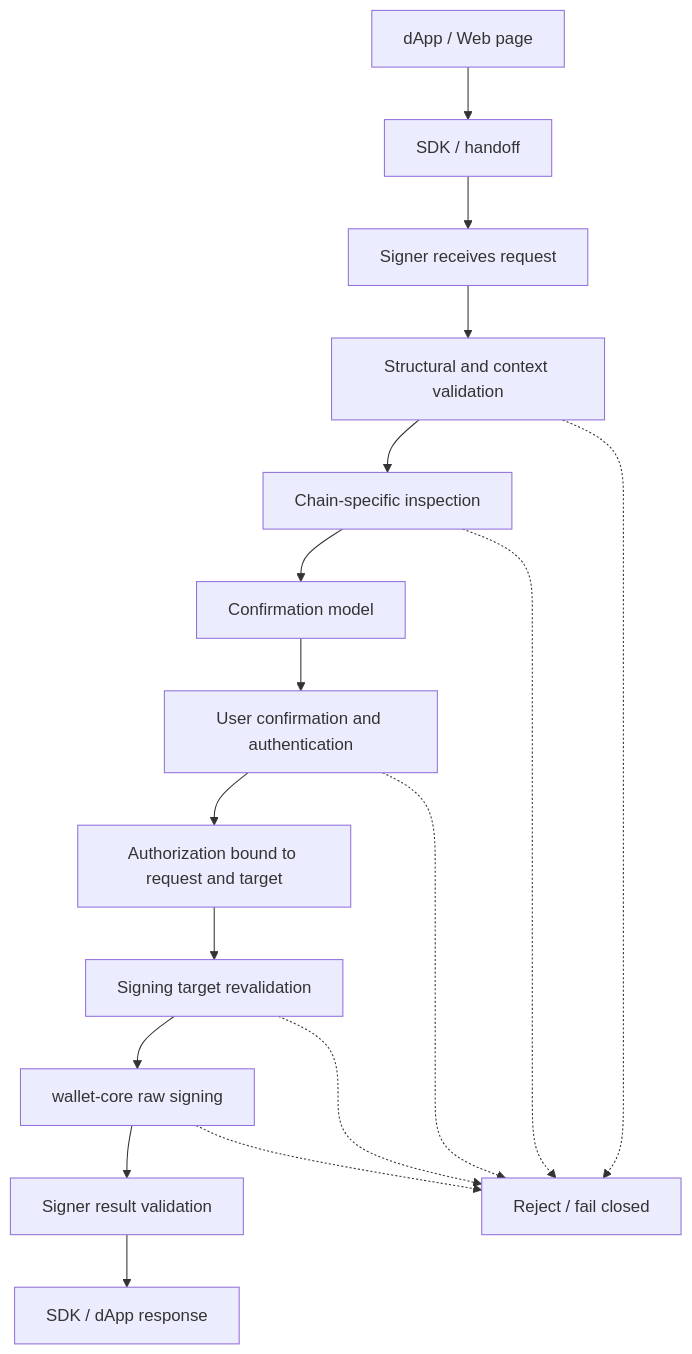
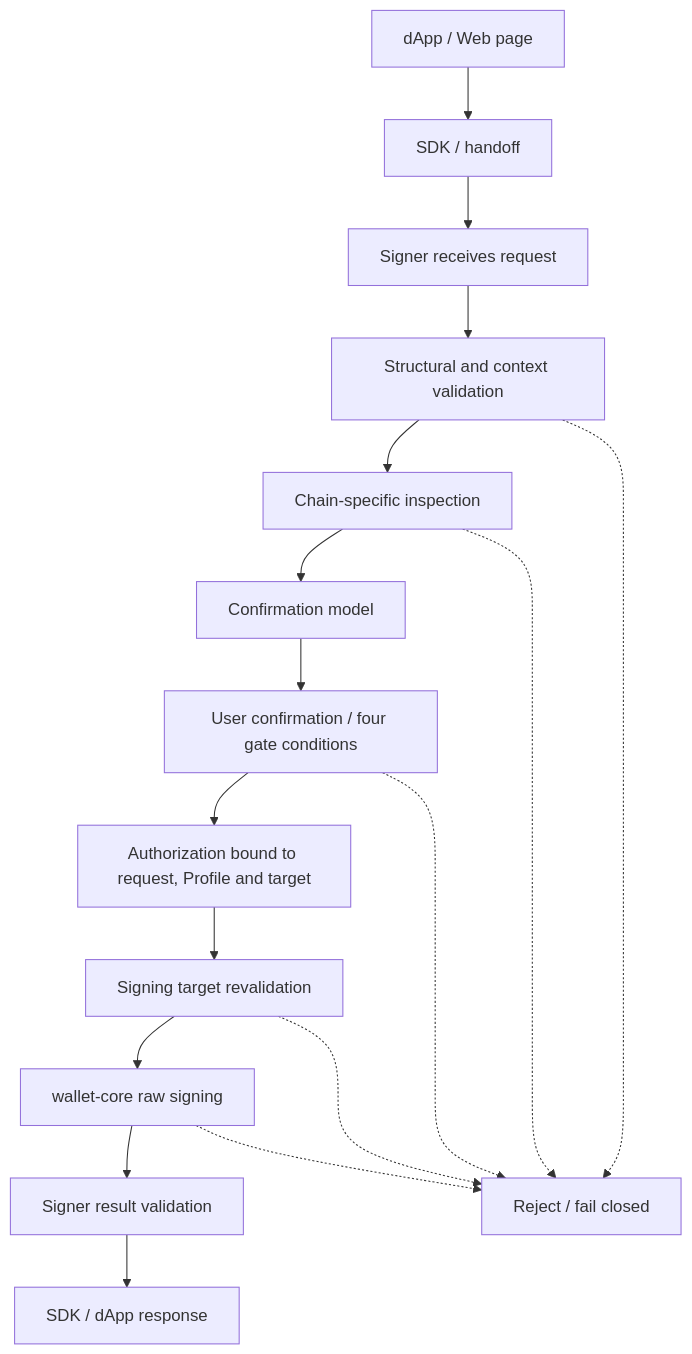
One commit to MosaicLynx/MosaicLynx changed the first of 2 diagrams in docs/design/signing-flow.md. Above: the diagram before and after it, drawn with Mermaid. The commit also changed other lines of this file, not shown here.

````diff
--- a/docs/design/signing-flow.md
+++ b/docs/design/signing-flow.md
@@ -212,19 +221,19 @@
 ```mermaid
 flowchart TD
     D[dApp / Web page] --> S[SDK / handoff]
     S --> R[Signer receives request]
     R --> V[Structural and context validation]
     V --> I[Chain-specific inspection]
     I --> C[Confirmation model]
-    C --> U[User confirmation and authentication]
-    U --> A[Authorization bound to request and target]
+    C --> U[User confirmation / four gate conditions]
+    U --> A[Authorization bound to request, Profile and target]
     A --> T[Signing target revalidation]
     T --> W[wallet-core raw signing]
     W --> Q[Signer result validation]
     Q --> O[SDK / dApp response]
     V -.-> X[Reject / fail closed]
     I -.-> X
     U -.-> X
     T -.-> X
     W -.-> X
 ```
````
